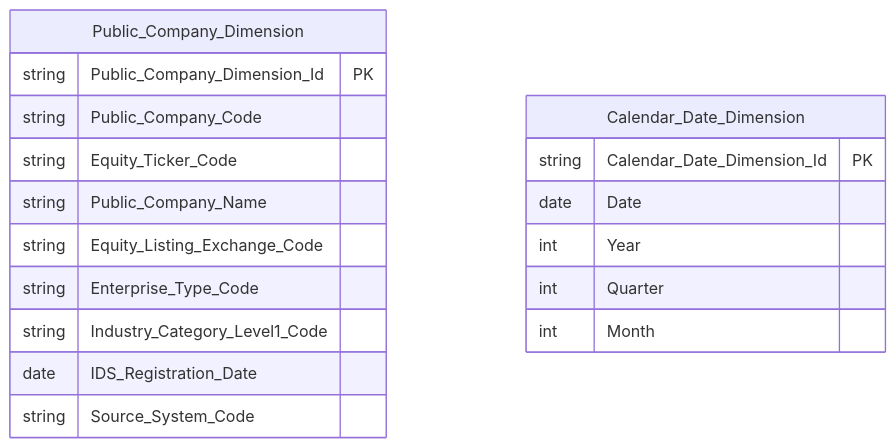
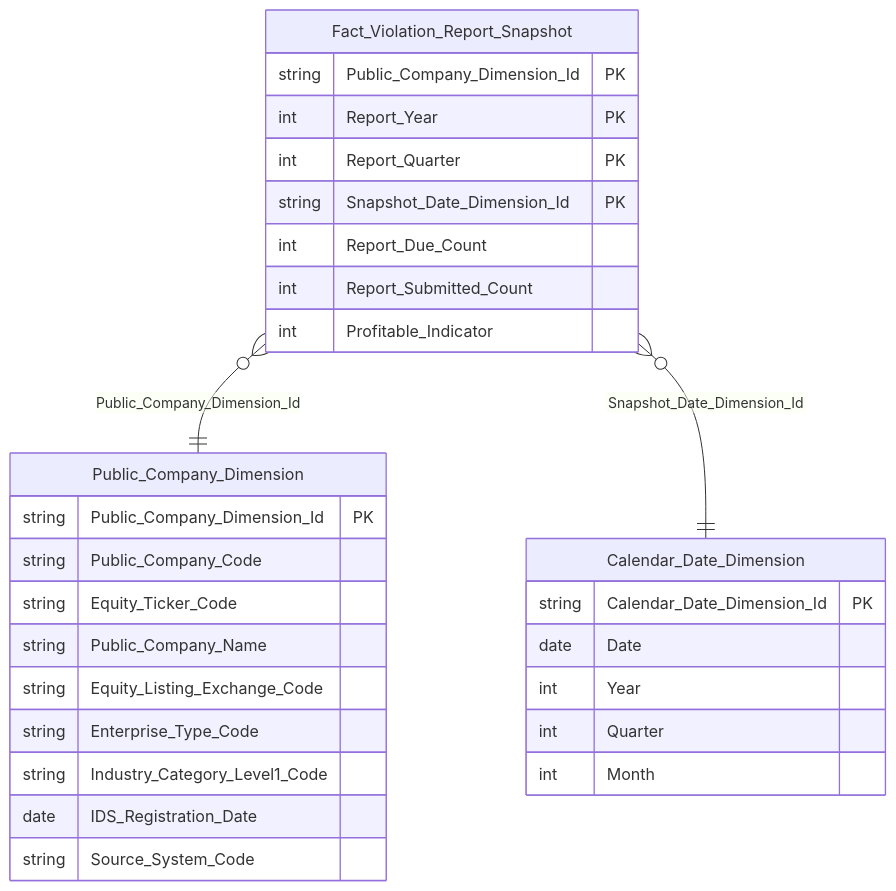
Before and after one commit to linhlvit/ubck_atomic_design: diagram 11 of 40 in Datamart/hld/DTM_GSDC_HLD.md, drawn with Mermaid. The commit also changed other lines of this file and 3 other files, not shown here.

````diff
--- a/Datamart/hld/DTM_GSDC_HLD.md
+++ b/Datamart/hld/DTM_GSDC_HLD.md
@@ -563,22 +602,35 @@
 ```mermaid
 erDiagram
     Public_Company_Dimension {
         string Public_Company_Dimension_Id PK
         string Public_Company_Code
         string Equity_Ticker_Code
         string Public_Company_Name
         string Equity_Listing_Exchange_Code
         string Enterprise_Type_Code
         string Industry_Category_Level1_Code
         date IDS_Registration_Date
         string Source_System_Code
     }
 
     Calendar_Date_Dimension {
         string Calendar_Date_Dimension_Id PK
         date Date
         int Year
         int Quarter
         int Month
     }
+
+    Fact_Violation_Report_Snapshot {
+        string Public_Company_Dimension_Id PK
+        int Report_Year PK
+        int Report_Quarter PK
+        string Snapshot_Date_Dimension_Id PK
+        int Report_Due_Count
+        int Report_Submitted_Count
+        int Profitable_Indicator
+    }
+
+    Fact_Violation_Report_Snapshot }o--|| Public_Company_Dimension : "Public_Company_Dimension_Id"
+    Fact_Violation_Report_Snapshot }o--|| Calendar_Date_Dimension : "Snapshot_Date_Dimension_Id"
 ```
````
